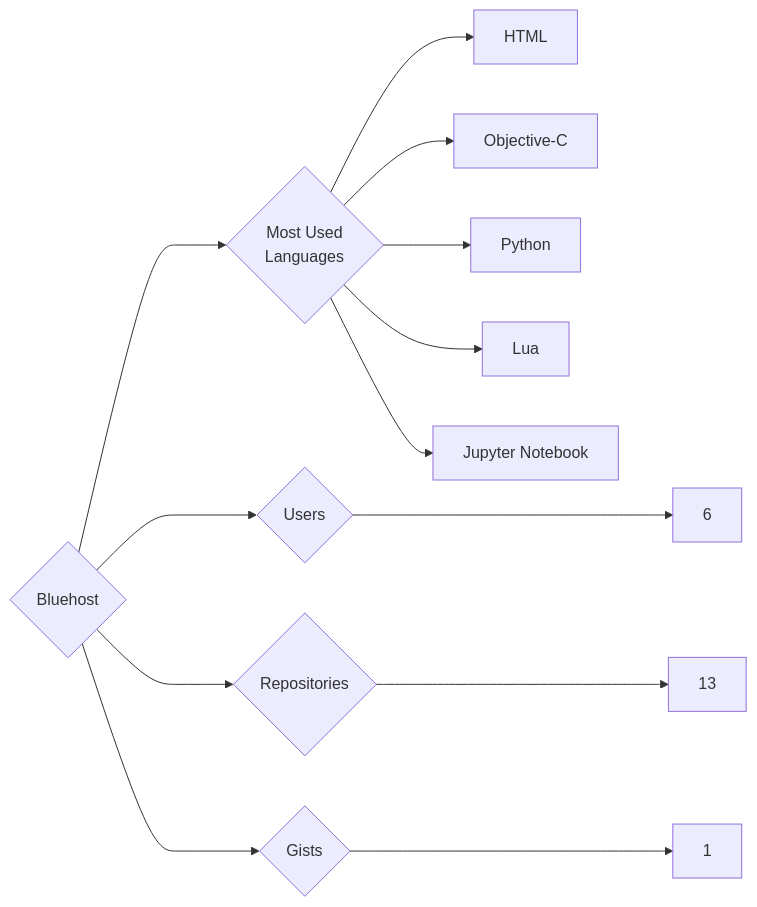
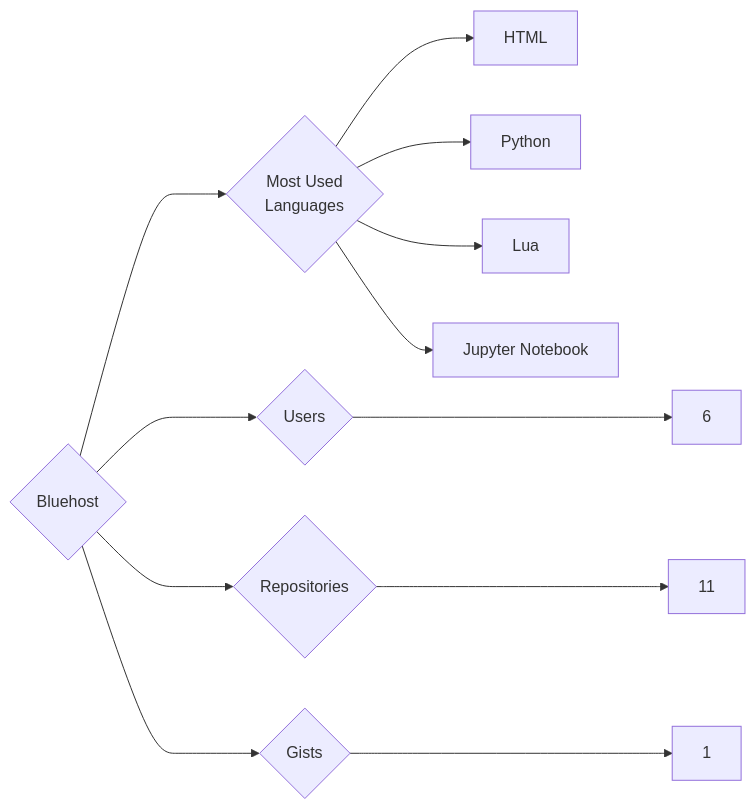
One commit to trickest/insiders changed the diagram in targets/Bluehost/README.md. Above: the diagram before and after it, drawn with Mermaid. The commit also changed 912 other files, not shown here.

````diff
--- a/targets/Bluehost/README.md
+++ b/targets/Bluehost/README.md
@@ -3,13 +3,12 @@
 ```mermaid
 graph LR
 COMPANY_NAME{Bluehost}
 COMPANY_NAME ---> U{Users} ---> UN[6]
-COMPANY_NAME ---> R{Repositories} ---> RN[13]
+COMPANY_NAME ---> R{Repositories} ---> RN[11]
 COMPANY_NAME ---> G{Gists} ---> GN[1]
 COMPANY_NAME ---> ML{Most Used<br>Languages}
 ML --> HTML[HTML]
-ML --> Objective-C[Objective-C]
 ML --> Python[Python]
 ML --> Lua[Lua]
 ML --> Jupyter_Notebook[Jupyter Notebook]
 ```
````
